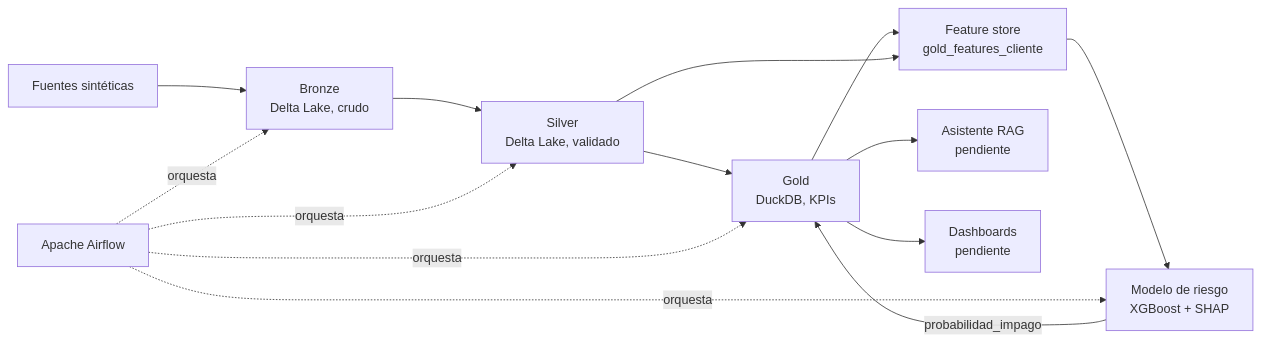
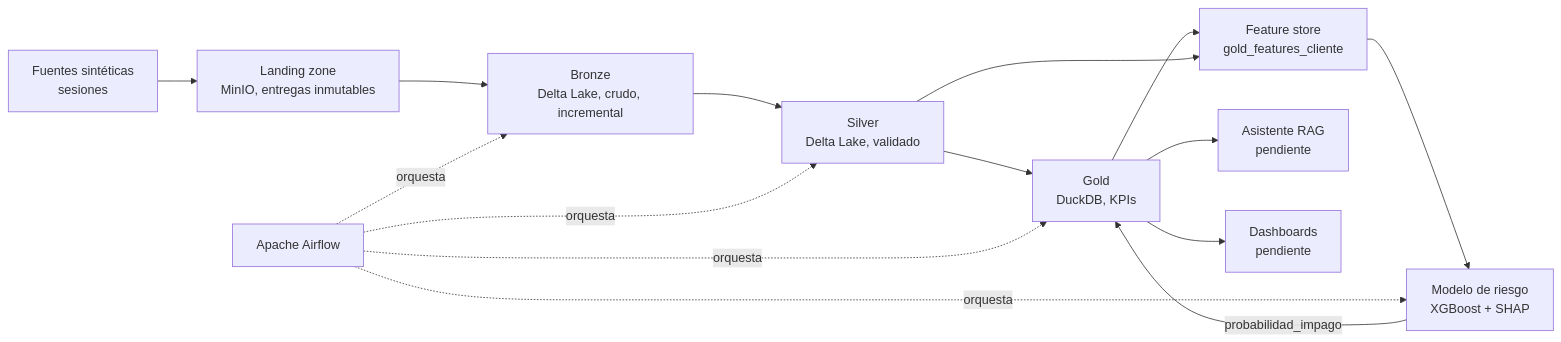
Before and after one commit to nox-sudo/digital-twin-bbva: the diagram in README.md, drawn with Mermaid. The commit also changed other lines of this file and 17 other files, not shown here.

````diff
--- a/README.md
+++ b/README.md
@@ -34,17 +34,18 @@
 ```mermaid
 flowchart LR
-    A[Fuentes sintéticas] --> B[Bronze<br/>Delta Lake, crudo]
+    A[Fuentes sintéticas<br/>sesiones] --> L[Landing zone<br/>MinIO, entregas inmutables]
+    L --> B[Bronze<br/>Delta Lake, crudo, incremental]
     B --> C[Silver<br/>Delta Lake, validado]
     C --> D[Gold<br/>DuckDB, KPIs]
     D --> FS[Feature store<br/>gold_features_cliente]
     C --> FS
     FS --> E[Modelo de riesgo<br/>XGBoost + SHAP]
     E -->|probabilidad_impago| D
     D --> F[Asistente RAG<br/>pendiente]
     D --> G[Dashboards<br/>pendiente]
 
     H[Apache Airflow] -.orquesta.-> B
     H -.orquesta.-> C
     H -.orquesta.-> D
     H -.orquesta.-> E
 ```
````
